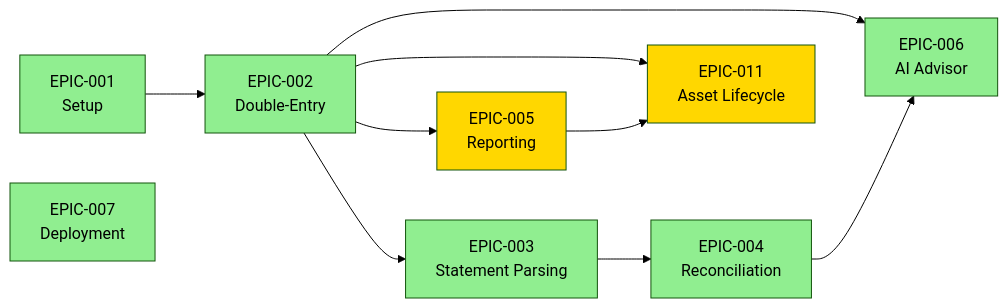
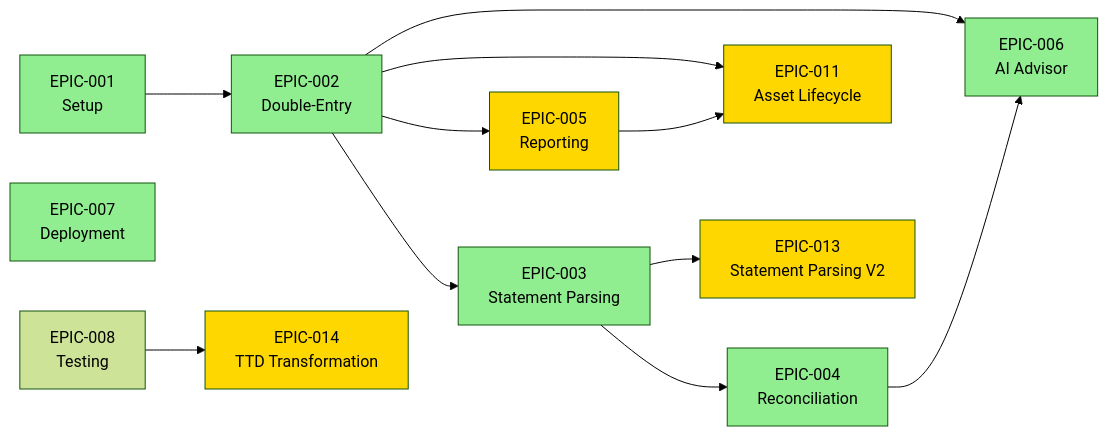
The diagram in docs/project/README.md (wangzitian0/finance_report), drawn with Mermaid (forest theme) before and after one commit. The commit also changed other lines of this file, not shown here.

First line of the commit message:
docs(project): add EPIC-013 and EPIC-014 to project tracking table

````diff
--- a/docs/project/README.md
+++ b/docs/project/README.md
@@ -61,21 +65,25 @@
 ```mermaid
 graph LR
     E1[EPIC-001<br/>Setup] --> E2[EPIC-002<br/>Double-Entry]
     E2 --> E3[EPIC-003<br/>Statement Parsing]
     E3 --> E4[EPIC-004<br/>Reconciliation]
     E2 --> E5[EPIC-005<br/>Reporting]
     E2 --> E6[EPIC-006<br/>AI Advisor]
     E4 --> E6
     E7[EPIC-007<br/>Deployment]
     E2 --> E11[EPIC-011<br/>Asset Lifecycle]
     E5 --> E11
+    E3 --> E13[EPIC-013<br/>Statement Parsing V2]
+    E8[EPIC-008<br/>Testing] --> E14[EPIC-014<br/>TTD Transformation]
     
     style E1 fill:#90EE90
     style E2 fill:#90EE90
     style E3 fill:#90EE90
     style E4 fill:#90EE90
     style E5 fill:#FFD700
     style E6 fill:#90EE90
     style E7 fill:#90EE90
     style E11 fill:#FFD700
+    style E13 fill:#FFD700
+    style E14 fill:#FFD700
 ```
````
